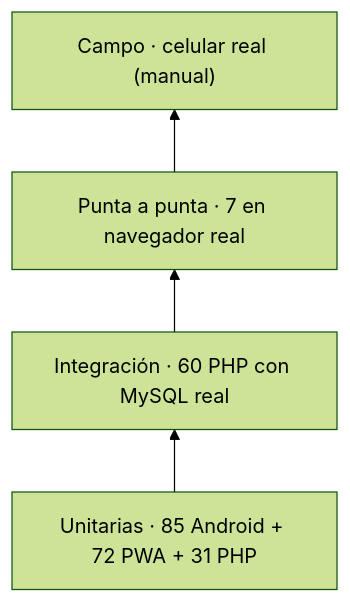
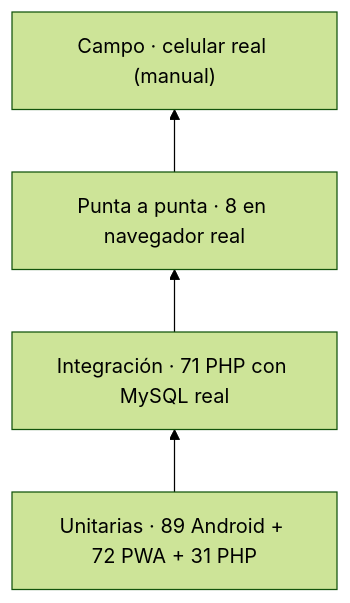
Before and after one commit to Manuel151025/proyecto_offline: the diagram in docs/PRUEBAS.md, drawn with Mermaid (forest theme). The commit also changed other lines of this file and 26 other files, not shown here.

````diff
--- a/docs/PRUEBAS.md
+++ b/docs/PRUEBAS.md
@@ -50,8 +50,8 @@
 ```mermaid
 flowchart BT
-    U["Unitarias · 85 Android + 72 PWA + 31 PHP"]
-    I["Integración · 60 PHP con MySQL real"]
-    E["Punta a punta · 7 en navegador real"]
+    U["Unitarias · 89 Android + 72 PWA + 31 PHP"]
+    I["Integración · 71 PHP con MySQL real"]
+    E["Punta a punta · 8 en navegador real"]
     C["Campo · celular real (manual)"]
     U --> I --> E --> C
 ```
````
